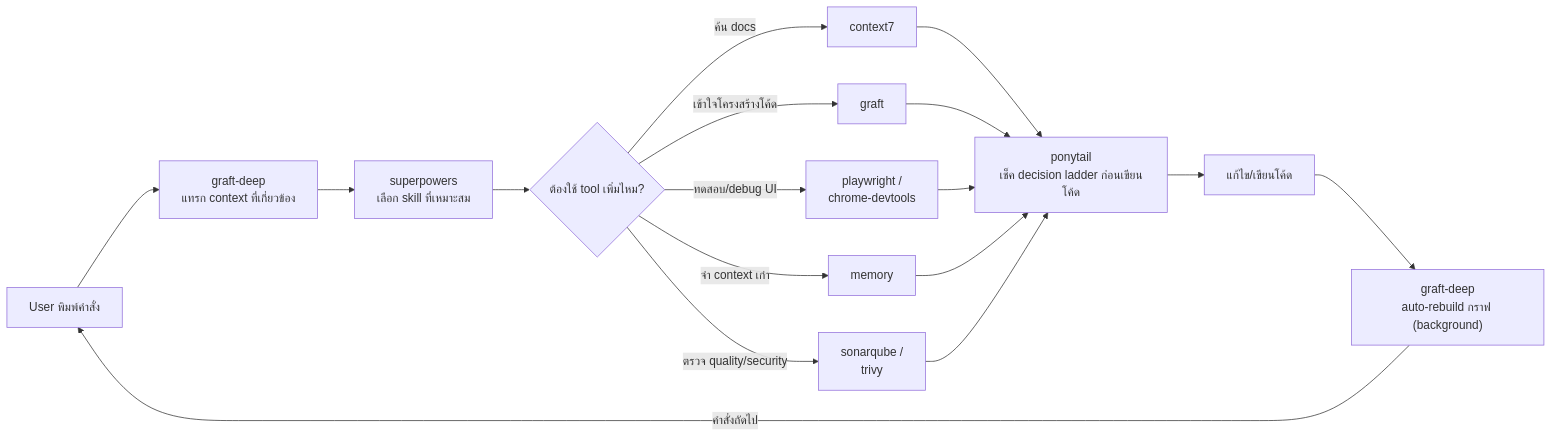
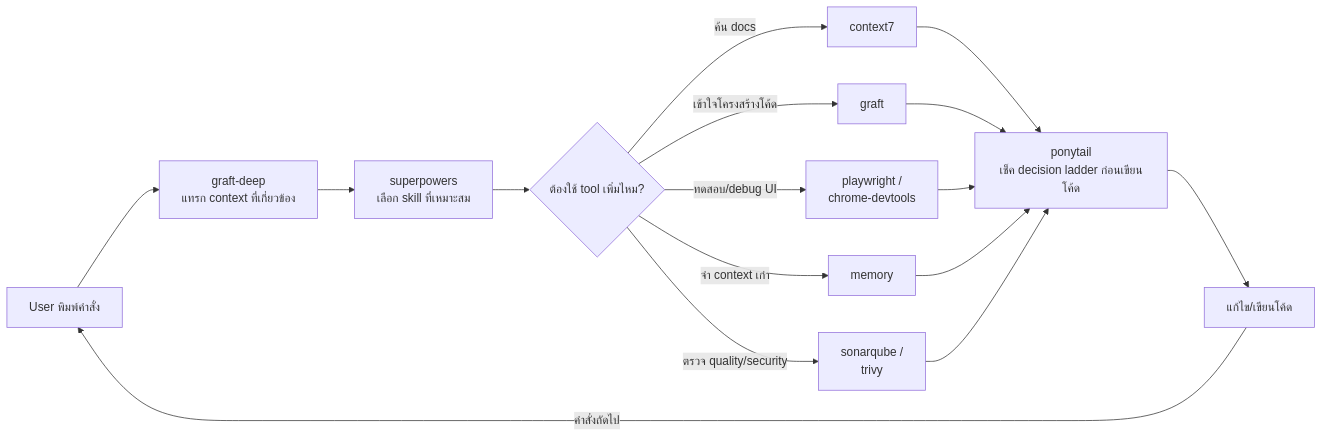
One commit to adcident12/my-manual-opencode changed the third of 3 diagrams in USER-MANUAL.md. Above: the diagram before and after it, drawn with Mermaid. The commit also changed other lines of this file and 5 other files, not shown here.

First line of the commit message:
refactor(graft-deep): drop redundant auto-rebuild hook, verified live

````diff
--- a/USER-MANUAL.md
+++ b/USER-MANUAL.md
@@ -67,19 +67,18 @@
 ```mermaid
 graph LR
     A["User พิมพ์คำสั่ง"] --> B["graft-deep<br/>แทรก context ที่เกี่ยวข้อง"]
     B --> C["superpowers<br/>เลือก skill ที่เหมาะสม"]
     C --> D{"ต้องใช้ tool เพิ่มไหม?"}
     D -->|ค้น docs| E["context7"]
     D -->|เข้าใจโครงสร้างโค้ด| F["graft"]
     D -->|ทดสอบ/debug UI| G["playwright /<br/>chrome-devtools"]
     D -->|จำ context เก่า| H["memory"]
     D -->|ตรวจ quality/security| K["sonarqube /<br/>trivy"]
     E --> L["ponytail<br/>เช็ค decision ladder ก่อนเขียนโค้ด"]
     F --> L
     G --> L
     H --> L
     K --> L
     L --> I["แก้ไข/เขียนโค้ด"]
-    I --> J["graft-deep<br/>auto-rebuild กราฟ (background)"]
-    J -->|คำสั่งถัดไป| A
+    I -->|คำสั่งถัดไป| A
 ```
````
